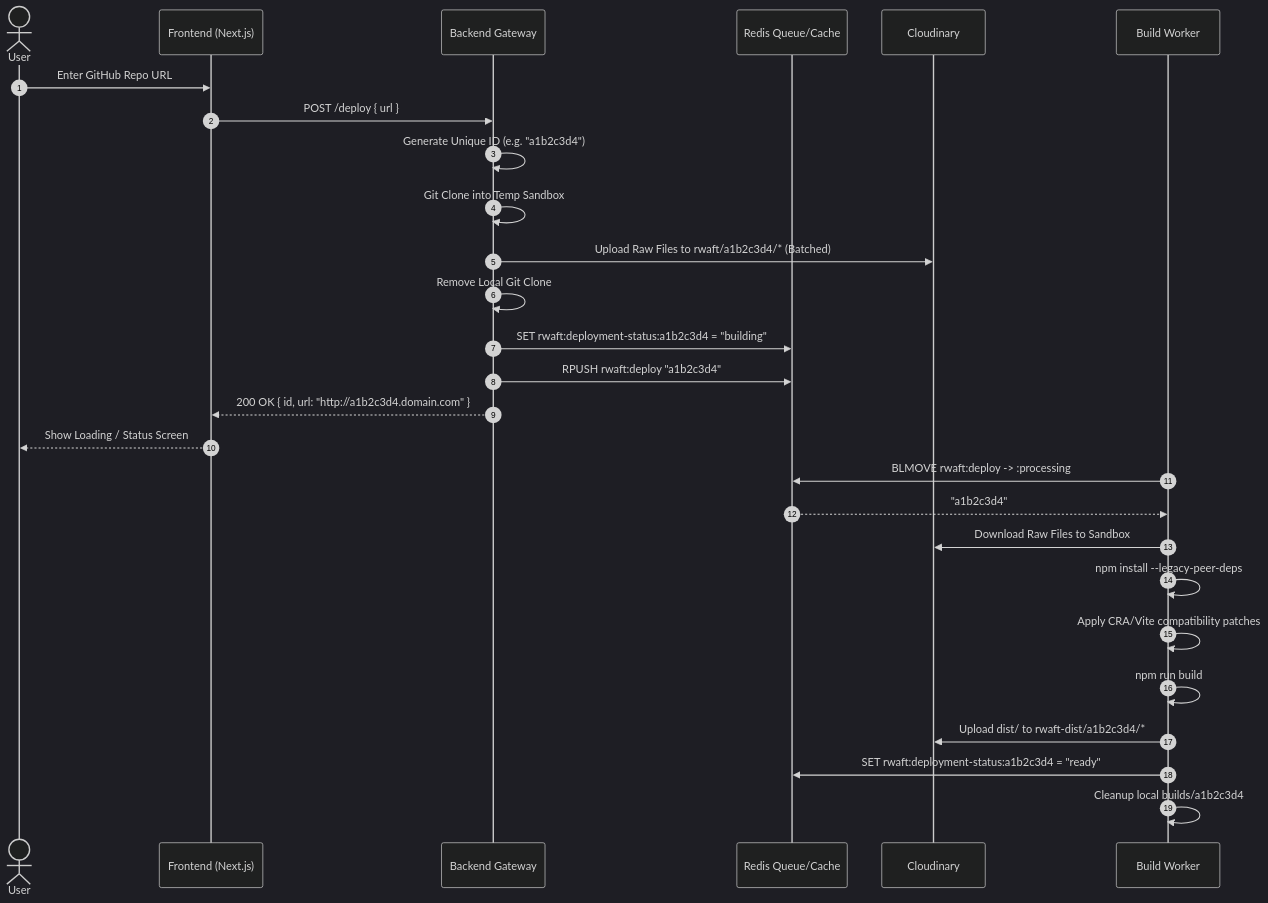
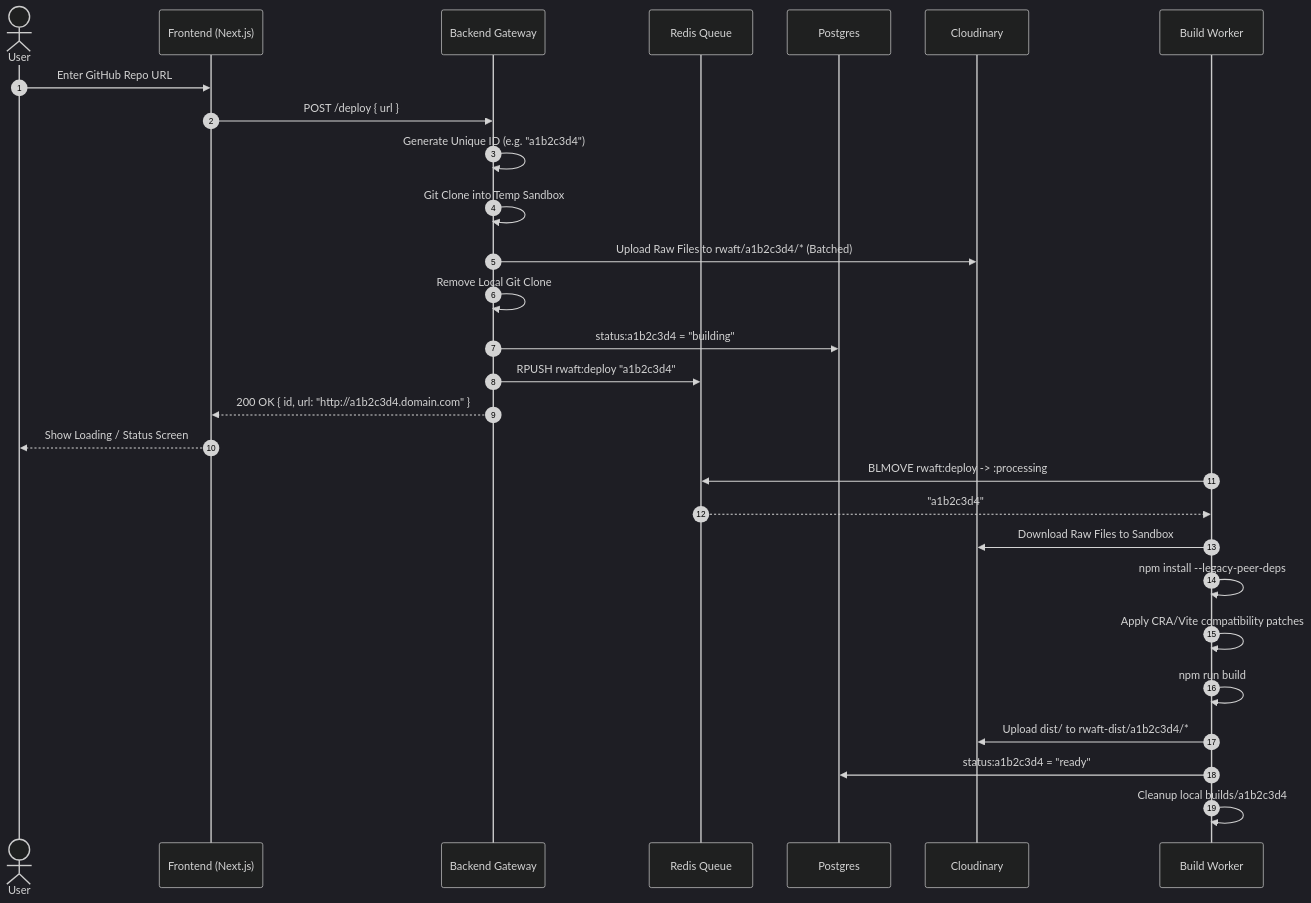
One commit to nios-x/rwaft changed the second of 4 diagrams in README.md. Above: the diagram before and after it, drawn with Mermaid (dark theme). The commit also changed other lines of this file and 26 other files, not shown here.

````diff
--- a/README.md
+++ b/README.md
@@ -179,31 +179,32 @@
 ```mermaid
 sequenceDiagram
     autonumber
     actor Developer as User
     participant Front as Frontend (Next.js)
     participant API as Backend Gateway
-    participant Redis as Redis Queue/Cache
+    participant Redis as Redis Queue
+    participant DB as Postgres
     participant Cloud as Cloudinary
     participant Worker as Build Worker
 
     Developer->>Front: Enter GitHub Repo URL
     Front->>API: POST /deploy { url }
     API->>API: Generate Unique ID (e.g. "a1b2c3d4")
     API->>API: Git Clone into Temp Sandbox
     API->>Cloud: Upload Raw Files to rwaft/a1b2c3d4/* (Batched)
     API->>API: Remove Local Git Clone
-    API->>Redis: SET rwaft:deployment-status:a1b2c3d4 = "building"
+    API->>DB: status:a1b2c3d4 = "building"
     API->>Redis: RPUSH rwaft:deploy "a1b2c3d4"
     API-->>Front: 200 OK { id, url: "http://a1b2c3d4.domain.com" }
     Front-->>Developer: Show Loading / Status Screen
 
     Worker->>Redis: BLMOVE rwaft:deploy -> :processing
     Redis-->>Worker: "a1b2c3d4"
     Worker->>Cloud: Download Raw Files to Sandbox
     Worker->>Worker: npm install --legacy-peer-deps
     Worker->>Worker: Apply CRA/Vite compatibility patches
     Worker->>Worker: npm run build
     Worker->>Cloud: Upload dist/ to rwaft-dist/a1b2c3d4/*
-    Worker->>Redis: SET rwaft:deployment-status:a1b2c3d4 = "ready"
+    Worker->>DB: status:a1b2c3d4 = "ready"
     Worker->>Worker: Cleanup local builds/a1b2c3d4
 ```
````
